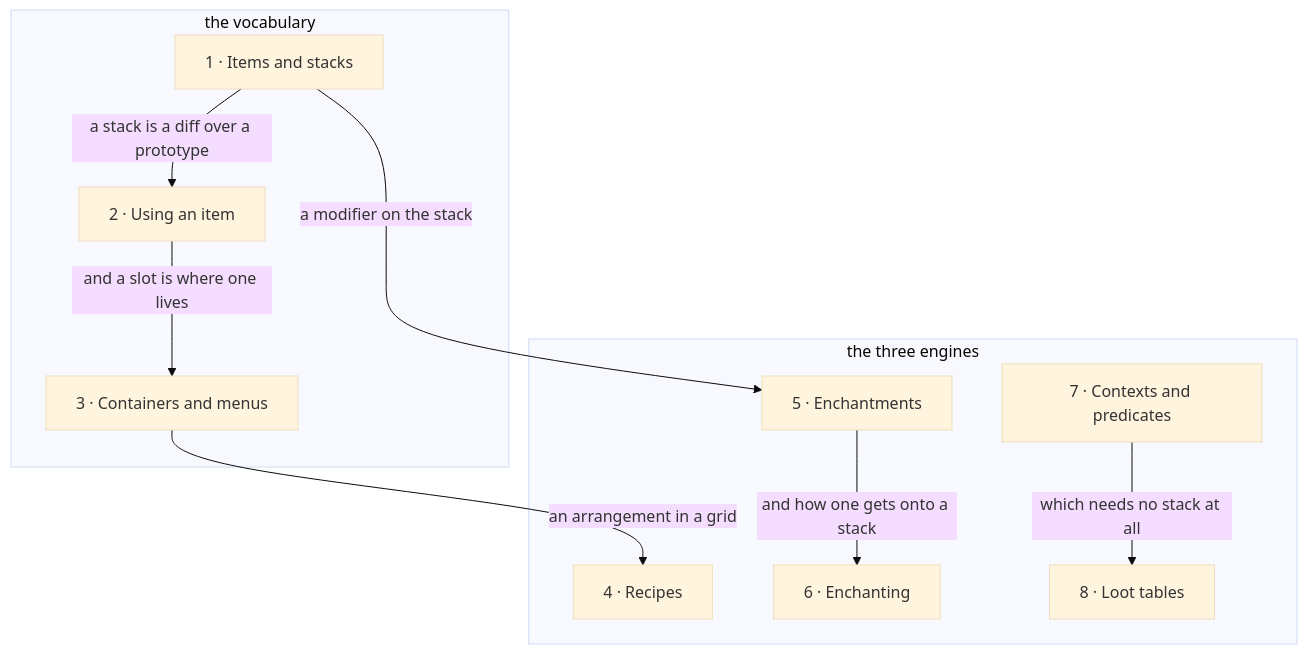
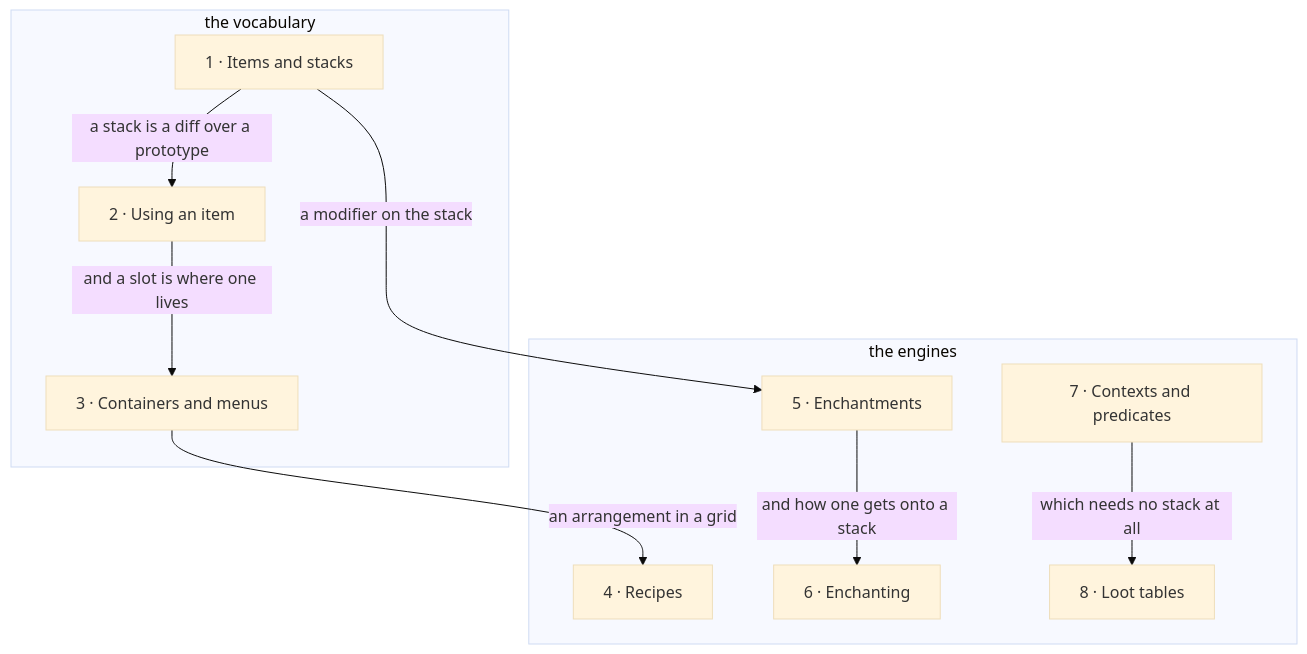
Before and after one commit to AlexanderjFraser/MinecraftDocs: the diagram in src/systems/items/README.md, drawn with Mermaid (base theme). The commit also changed other lines of this file and 55 other files, not shown here.

First line of the commit message:
pass 7, session O — the close, before K: the figure gate strict, the landing figures read as one set, and one strike in thirty not borne out

````diff
--- a/src/systems/items/README.md
+++ b/src/systems/items/README.md
@@ -55,21 +55,21 @@
 ```mermaid
 flowchart TD
     subgraph V["the vocabulary"]
         IS["1 · Items and stacks"]
         UI["2 · Using an item"]
         CM["3 · Containers and menus"]
     end
-    subgraph E["the three engines"]
+    subgraph E["the engines"]
         RE["4 · Recipes"]
         EN["5 · Enchantments"]
         EC["6 · Enchanting"]
         CP["7 · Contexts and predicates"]
         LO["8 · Loot tables"]
     end
     IS -- "a stack is a diff over a prototype" --> UI
     UI -- "and a slot is where one lives" --> CM
     CM -- "an arrangement in a grid" --> RE
     IS -- "a modifier on the stack" --> EN
     EN -- "and how one gets onto a stack" --> EC
     CP -- "which needs no stack at all" --> LO
 ```
````
